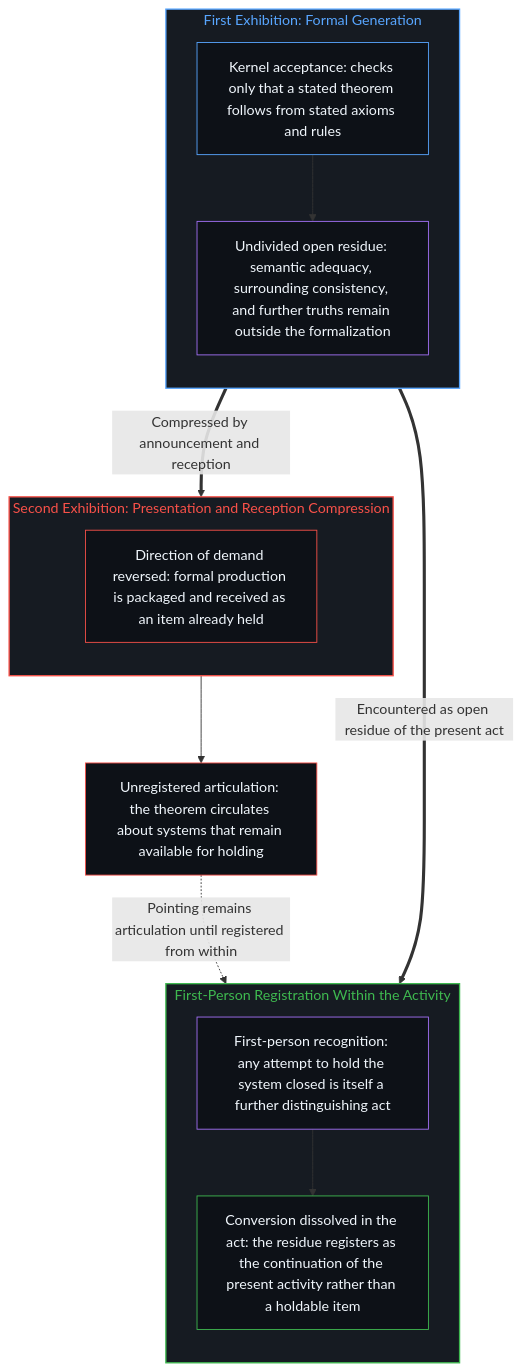
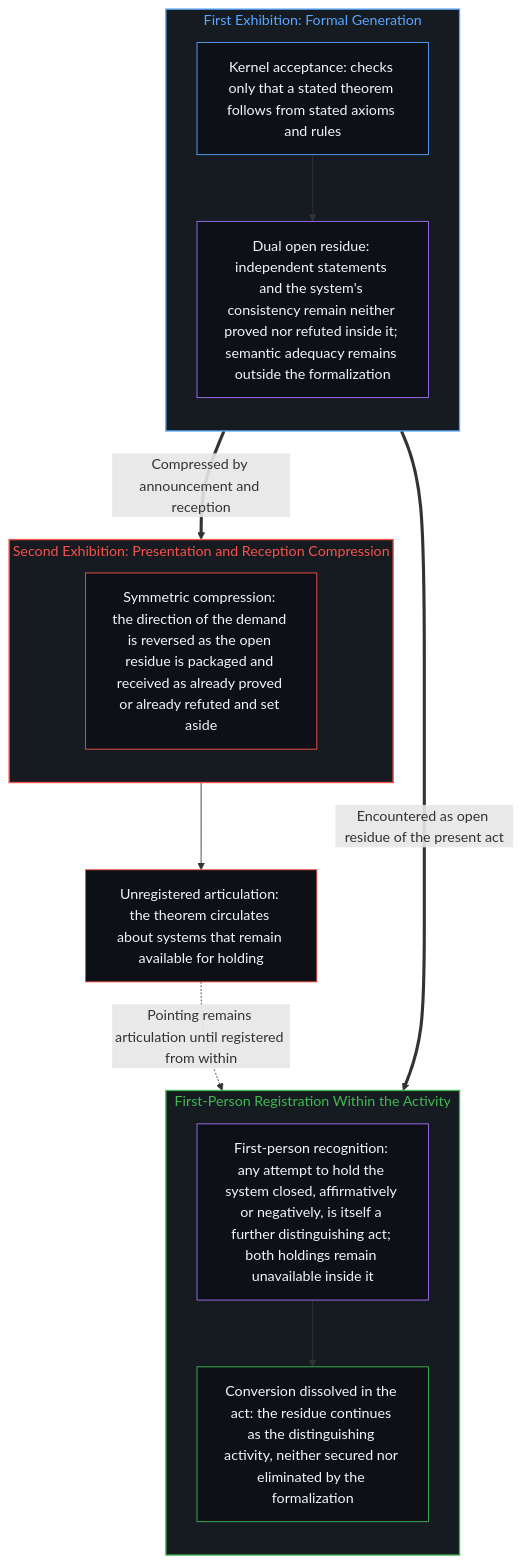
One commit to powerpig99/not-a-toe changed the fourth of 4 diagrams in content/posts/incompleteness-exhibited-twice.md. Above: the diagram before and after it, drawn with Mermaid. The commit also changed other lines of this file and 4 other files, not shown here.

````diff
--- a/content/posts/incompleteness-exhibited-twice.md
+++ b/content/posts/incompleteness-exhibited-twice.md
@@ -135,33 +151,33 @@
 ```mermaid
 flowchart TD
     subgraph S_First["First Exhibition: Formal Generation"]
         direction TB
         K["Kernel acceptance: checks only that a stated theorem follows from stated axioms and rules"]
-        R1["Undivided open residue: semantic adequacy, surrounding consistency, and further truths remain outside the formalization"]
+        R1["Dual open residue: independent statements and the system's consistency remain neither proved nor refuted inside it; semantic adequacy remains outside the formalization"]
         K --> R1
     end
     subgraph S_Second["Second Exhibition: Presentation and Reception Compression"]
         direction TB
-        C["Direction of demand reversed: formal production is packaged and received as an item already held"]
+        C["Symmetric compression: the direction of the demand is reversed as the open residue is packaged and received as already proved or already refuted and set aside"]
     end
     A["Unregistered articulation: the theorem circulates about systems that remain available for holding"]
     subgraph S_Reg["First-Person Registration Within the Activity"]
         direction TB
-        F["First-person recognition: any attempt to hold the system closed is itself a further distinguishing act"]
-        D["Conversion dissolved in the act: the residue registers as the continuation of the present activity rather than a holdable item"]
+        F["First-person recognition: any attempt to hold the system closed, affirmatively or negatively, is itself a further distinguishing act; both holdings remain unavailable inside it"]
+        D["Conversion dissolved in the act: the residue continues as the distinguishing activity, neither secured nor eliminated by the formalization"]
         F --> D
     end
     R1 ==>|"Compressed by announcement and reception"| C
     C --> A
     R1 ==>|"Encountered as open residue of the present act"| F
     A -.->|"Pointing remains articulation until registered from within"| F
     style S_First fill:#161b22,stroke:#58a6ff,stroke-width:1.5px,color:#58a6ff
     style S_Second fill:#161b22,stroke:#f85149,stroke-width:1.5px,color:#f85149
     style S_Reg fill:#161b22,stroke:#3fb950,stroke-width:1.5px,color:#3fb950
     style K fill:#0d1117,stroke:#58a6ff,stroke-width:1px,color:#f0f6fc
     style R1 fill:#0d1117,stroke:#a371f7,stroke-width:1px,color:#f0f6fc
     style C fill:#0d1117,stroke:#f85149,stroke-width:1px,color:#f0f6fc
     style A fill:#0d1117,stroke:#f85149,stroke-width:1px,color:#f0f6fc
     style F fill:#0d1117,stroke:#a371f7,stroke-width:1px,color:#f0f6fc
     style D fill:#0d1117,stroke:#3fb950,stroke-width:1px,color:#f0f6fc
 ```
````
